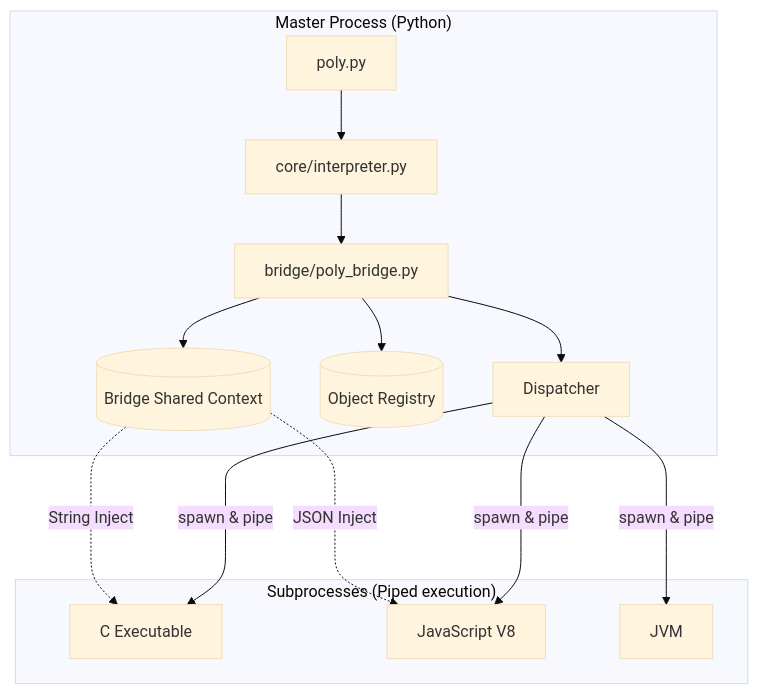
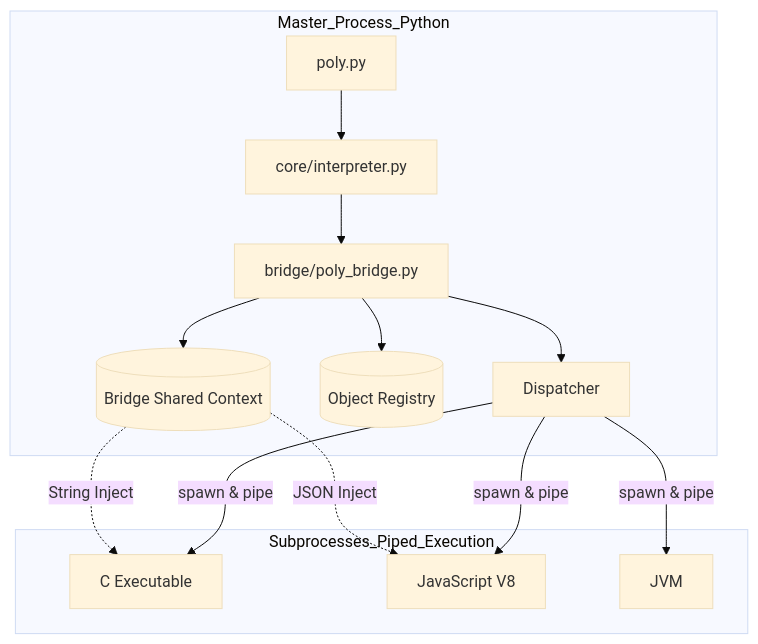
One commit to gSIREESH24/PNI changed the first of 6 diagrams in ARCHITECTURE.md. Above: the diagram before and after it, drawn with Mermaid (base theme). The commit also changed other lines of this file, not shown here.

Commit message:
Fixed Issues

````diff
--- a/ARCHITECTURE.md
+++ b/ARCHITECTURE.md
@@ -11,20 +11,20 @@
 ```mermaid
 flowchart TD
-    subgraph MasterProcess["Master Process (Python)"]
+    subgraph Master_Process_Python
         CLI[poly.py] --> Interpreter[core/interpreter.py]
         Interpreter --> Bridge[bridge/poly_bridge.py]
         
         Bridge --> Context[(Bridge Shared Context)]
         Bridge --> OR[(Object Registry)]
         Bridge --> Dispatch[Dispatcher]
     end
 
-    subgraph Subprocesses["Subprocesses (Piped execution)"]
+    subgraph Subprocesses_Piped_Execution
         Dispatch --> |"spawn & pipe"| C_Lang[C Executable]
         Dispatch --> |"spawn & pipe"| Node[JavaScript V8]
         Dispatch --> |"spawn & pipe"| Java[JVM]
     end
 
-    Context ..->|"JSON Inject"| Node
-    Context ..->|"String Inject"| C_Lang
+    Context -.->|"JSON Inject"| Node
+    Context -.->|"String Inject"| C_Lang
 ```
````
